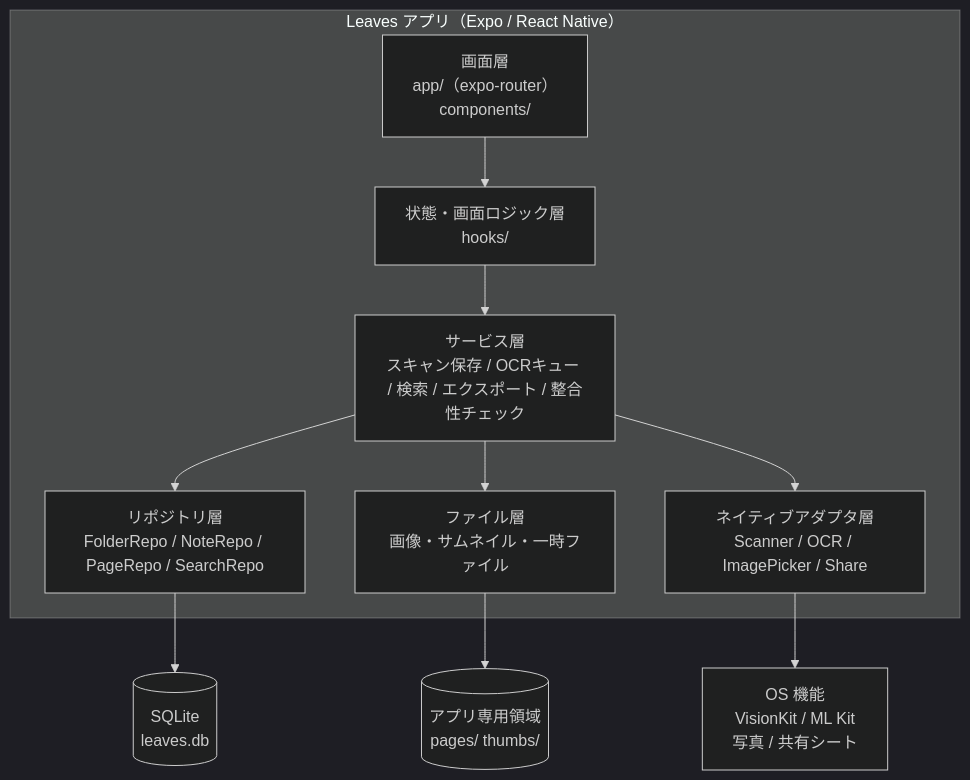
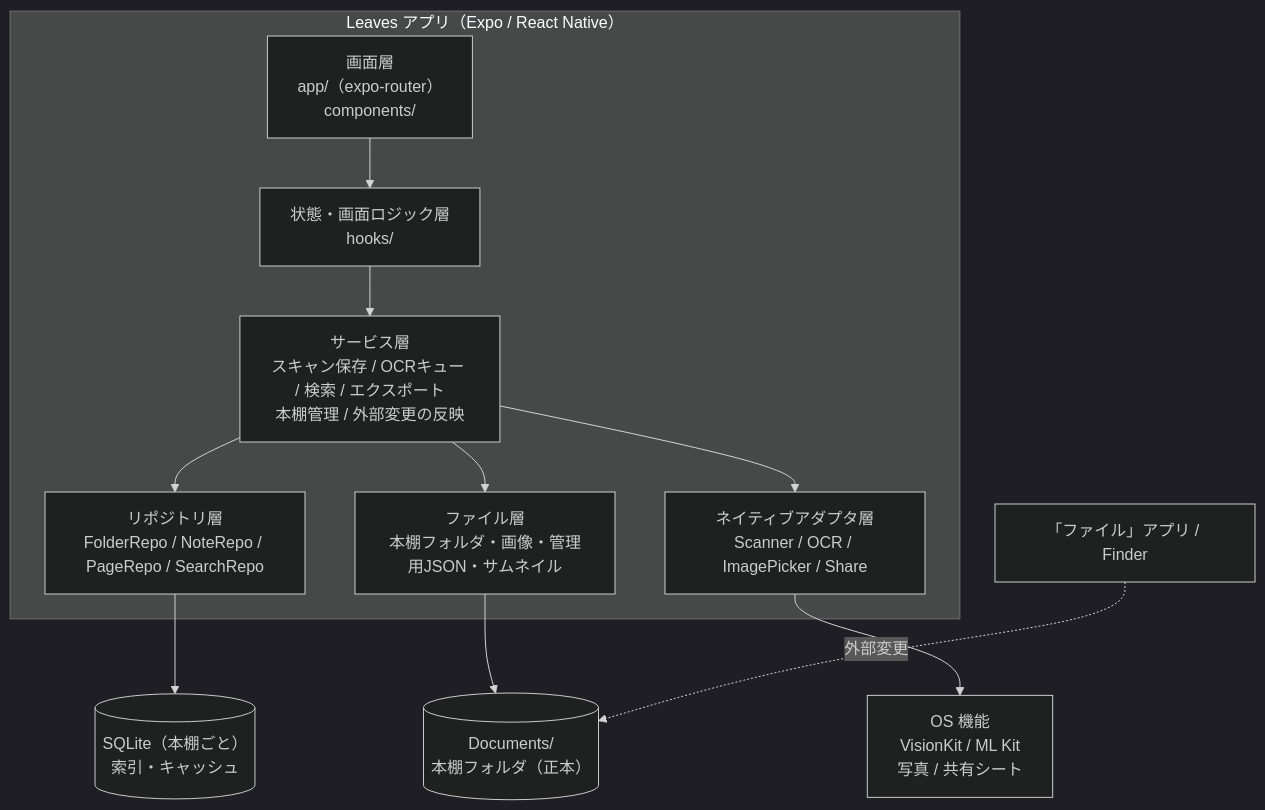
Before and after one commit to SasaBranch/Leaves: the first of 6 diagrams in docs/02_basic-design/basic-design.md, drawn with Mermaid (dark theme). The commit also changed other lines of this file and 4 other files, not shown here.

````diff
--- a/docs/02_basic-design/basic-design.md
+++ b/docs/02_basic-design/basic-design.md
@@ -107,19 +111,21 @@
 ```mermaid
 flowchart TB
   subgraph App["Leaves アプリ（Expo / React Native）"]
     UI["画面層<br/>app/（expo-router）<br/>components/"]
     Hooks["状態・画面ロジック層<br/>hooks/"]
-    Services["サービス層<br/>スキャン保存 / OCRキュー / 検索 / エクスポート / 整合性チェック"]
+    Services["サービス層<br/>スキャン保存 / OCRキュー / 検索 / エクスポート<br/>本棚管理 / 外部変更の反映"]
     Repo["リポジトリ層<br/>FolderRepo / NoteRepo / PageRepo / SearchRepo"]
-    Storage["ファイル層<br/>画像・サムネイル・一時ファイル"]
+    Storage["ファイル層<br/>本棚フォルダ・画像・管理用JSON・サムネイル"]
     Native["ネイティブアダプタ層<br/>Scanner / OCR / ImagePicker / Share"]
   end
-  DB[("SQLite<br/>leaves.db")]
-  FS[("アプリ専用領域<br/>pages/ thumbs/")]
+  DB[("SQLite（本棚ごと）<br/>索引・キャッシュ")]
+  FS[("Documents/<br/>本棚フォルダ（正本）")]
+  EXT["「ファイル」アプリ / Finder"]
   OS["OS 機能<br/>VisionKit / ML Kit<br/>写真 / 共有シート"]
 
   UI --> Hooks --> Services
   Services --> Repo --> DB
   Services --> Storage --> FS
   Services --> Native --> OS
+  EXT -.->|外部変更| FS
 ```
````
